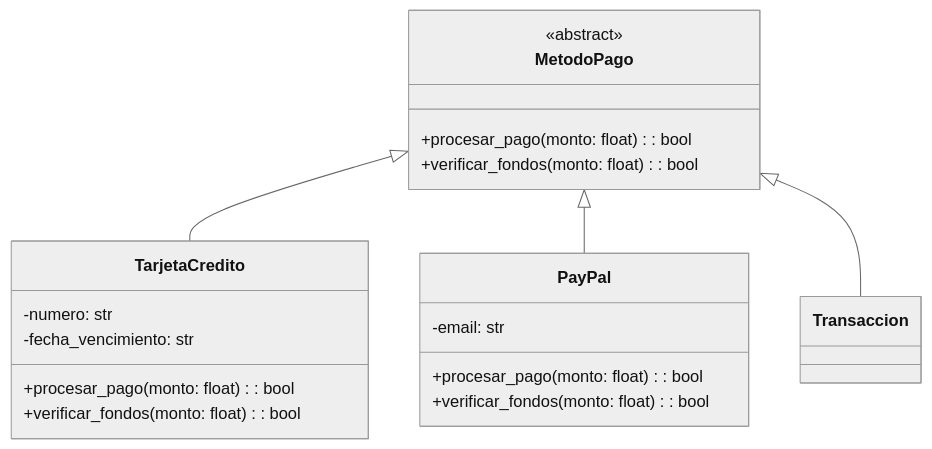
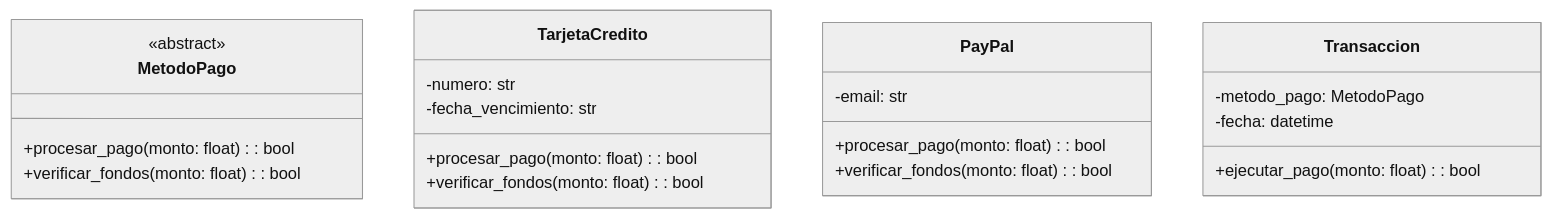
One commit to nahuelito2424/AOO changed the second of 2 diagrams in 1-02-Concepto_y_aplicacion_de_la_abstraccion_en_POO.md. Above: the diagram before and after it, drawn with Mermaid (neutral theme).

````diff
--- a/1-02-Concepto_y_aplicacion_de_la_abstraccion_en_POO.md
+++ b/1-02-Concepto_y_aplicacion_de_la_abstraccion_en_POO.md
@@ -125,24 +125,24 @@
 ```mermaid
 classDiagram
     class MetodoPago {
         <<abstract>>
         +procesar_pago(monto: float): bool
         +verificar_fondos(monto: float): bool
     }
     class TarjetaCredito {
         -numero: str
         -fecha_vencimiento: str
         +procesar_pago(monto: float): bool
         +verificar_fondos(monto: float): bool
     }
     class PayPal {
         -email: str
         +procesar_pago(monto: float): bool
         +verificar_fondos(monto: float): bool
     }
-    class Transaccion
-    MetodoPago <|-- TarjetaCredito
-    Metodo
-    MetodoPago <|-- PayPal
-    MetodoPago <|-- Transaccion
+    class Transaccion {	
+        -metodo_pago: MetodoPago
+        -fecha: datetime
+        +ejecutar_pago(monto: float): bool
+    }
 ```
````
